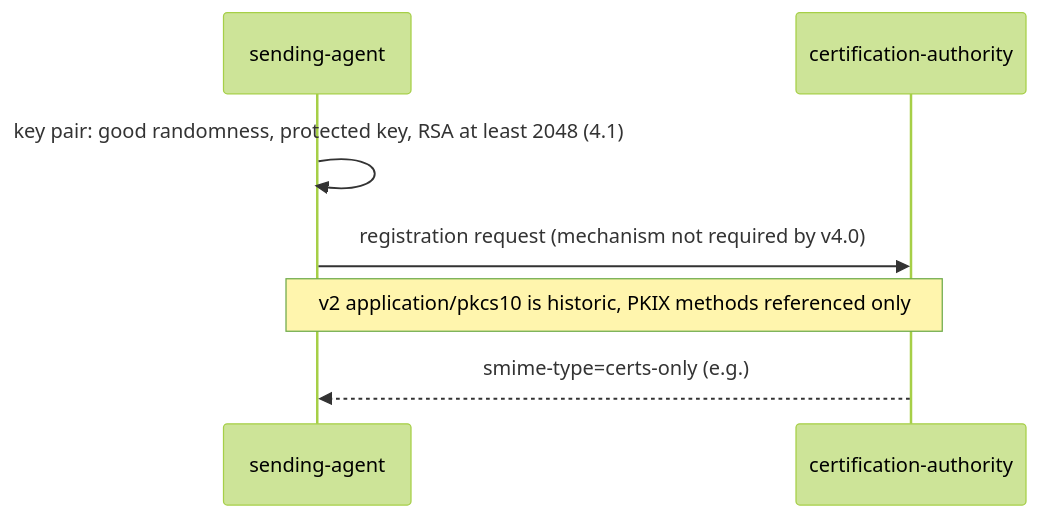
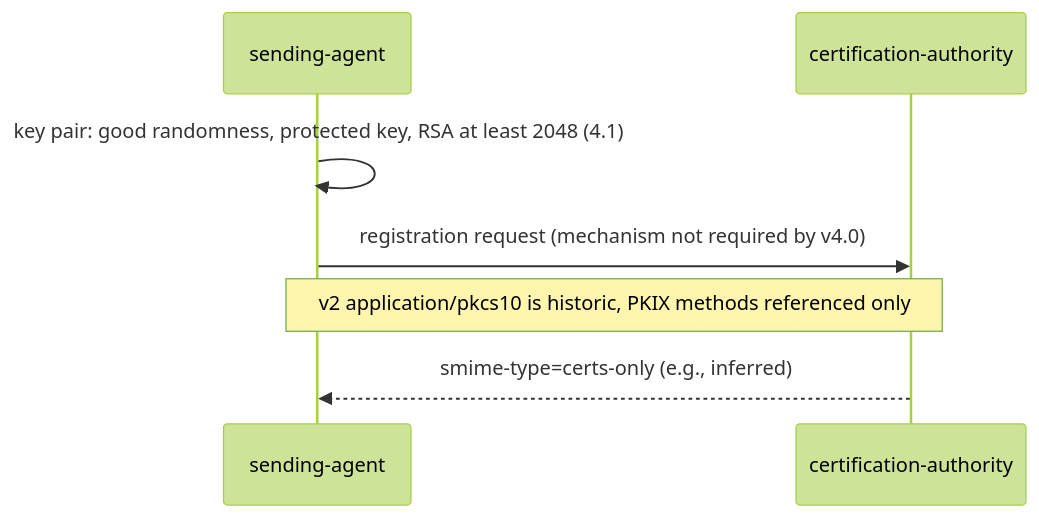
Diagram 15 of 28 in records/ietf/rfc-8551/distilled/protocol.md (m-of-n/library), drawn with Mermaid (forest theme) before and after one commit. The commit also changed other lines of this file and 12 other files, not shown here.

````diff
--- a/records/ietf/rfc-8551/distilled/protocol.md
+++ b/records/ietf/rfc-8551/distilled/protocol.md
@@ -363,9 +364,9 @@
 ```mermaid
 sequenceDiagram
   participant SA as sending-agent
   participant CA as certification-authority
   SA->>SA: key pair: good randomness, protected key, RSA at least 2048 (4.1)
   SA->>CA: registration request (mechanism not required by v4.0)
   Note over SA,CA: v2 application/pkcs10 is historic, PKIX methods referenced only
-  CA-->>SA: smime-type=certs-only (e.g.)
+  CA-->>SA: smime-type=certs-only (e.g., inferred)
 ```
````
